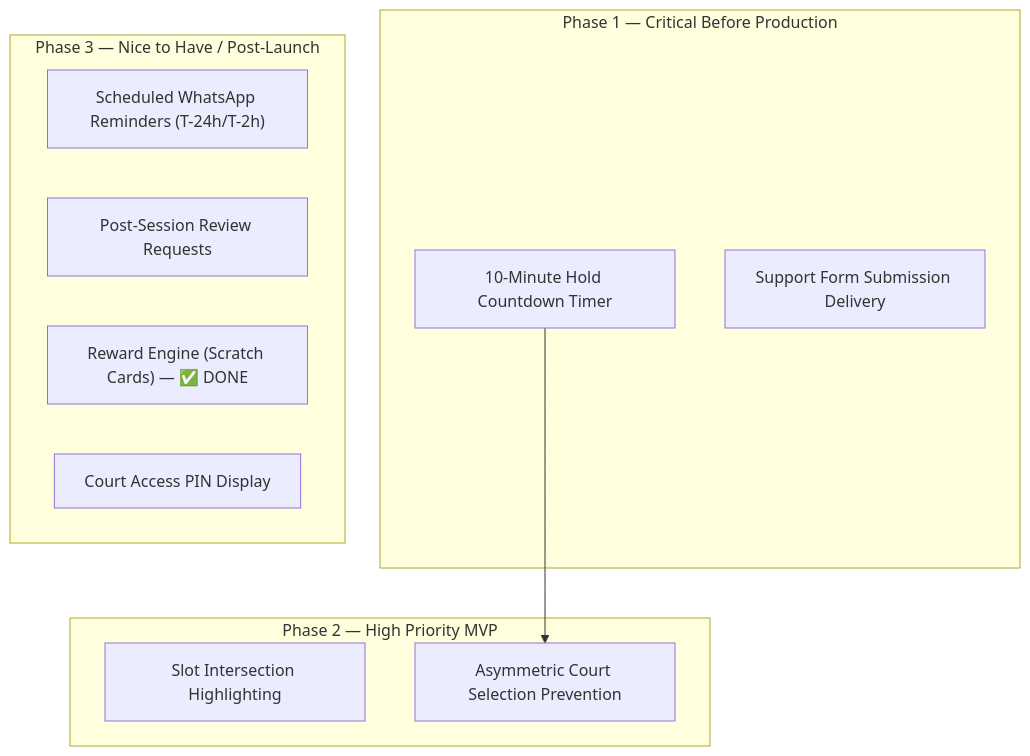
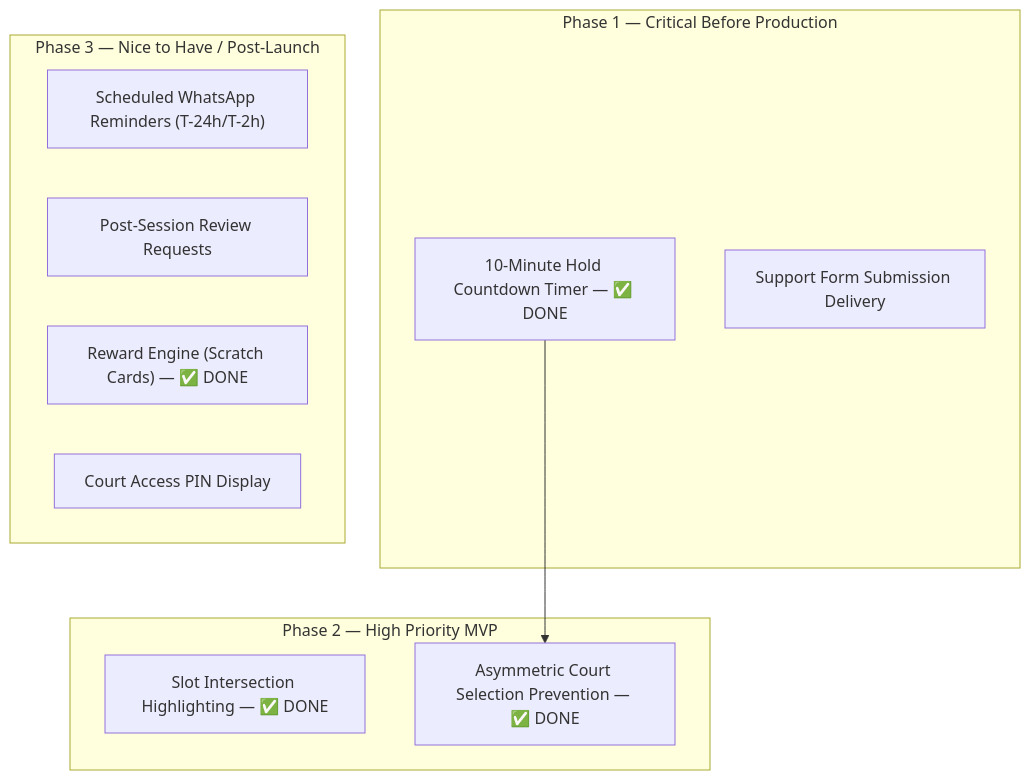
Before and after one commit to manishborikar92/Pickleball: the diagram in docs/audits/01-END-USER-GAP-ANALYSIS.md, drawn with Mermaid. The commit also changed other lines of this file and 17 other files, not shown here.

First line of the commit message:
feat(booking): implement commit-on-confirm checkout and shared slot selection

````diff
--- a/docs/audits/01-END-USER-GAP-ANALYSIS.md
+++ b/docs/audits/01-END-USER-GAP-ANALYSIS.md
@@ -159,24 +170,24 @@
 ```mermaid
 graph TD
     %% Phase 1: Production Launch Blockers
     subgraph Phase 1 ["Phase 1 — Critical Before Production"]
-        A3["10-Minute Hold Countdown Timer"]
+        A3["10-Minute Hold Countdown Timer — ✅ DONE"]
         A4["Support Form Submission Delivery"]
     end
 
     %% Phase 2: High Priority MVP Features
     subgraph Phase 2 ["Phase 2 — High Priority MVP"]
-        B1["Slot Intersection Highlighting"]
-        B2["Asymmetric Court Selection Prevention"]
+        B1["Slot Intersection Highlighting — ✅ DONE"]
+        B2["Asymmetric Court Selection Prevention — ✅ DONE"]
     end
 
     %% Phase 3: Nice to Have / Post-Launch Enhancements
     subgraph Phase 3 ["Phase 3 — Nice to Have / Post-Launch"]
         C1["Scheduled WhatsApp Reminders (T-24h/T-2h)"]
         C2["Post-Session Review Requests"]
         C4["Reward Engine (Scratch Cards) — ✅ DONE"]
         C6["Court Access PIN Display"]
     end
 
     A3 --> B2
 ```
````
